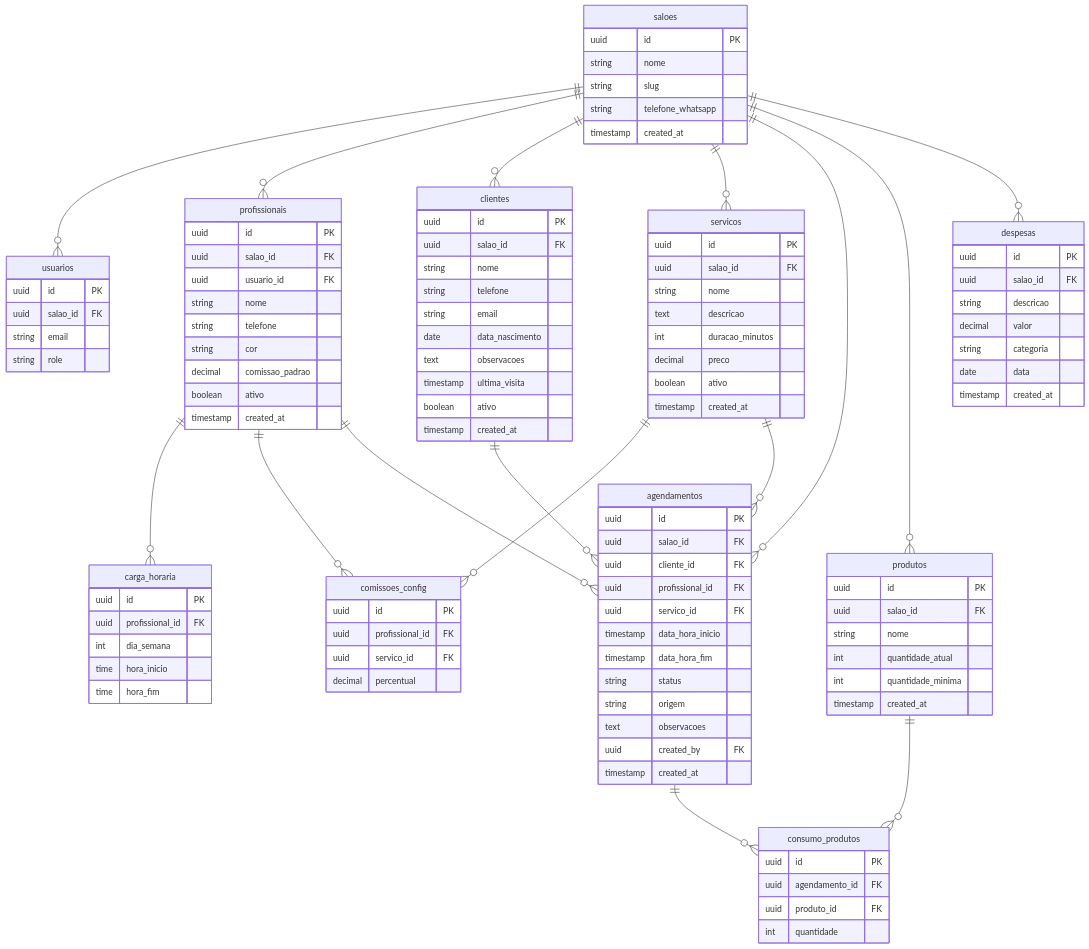
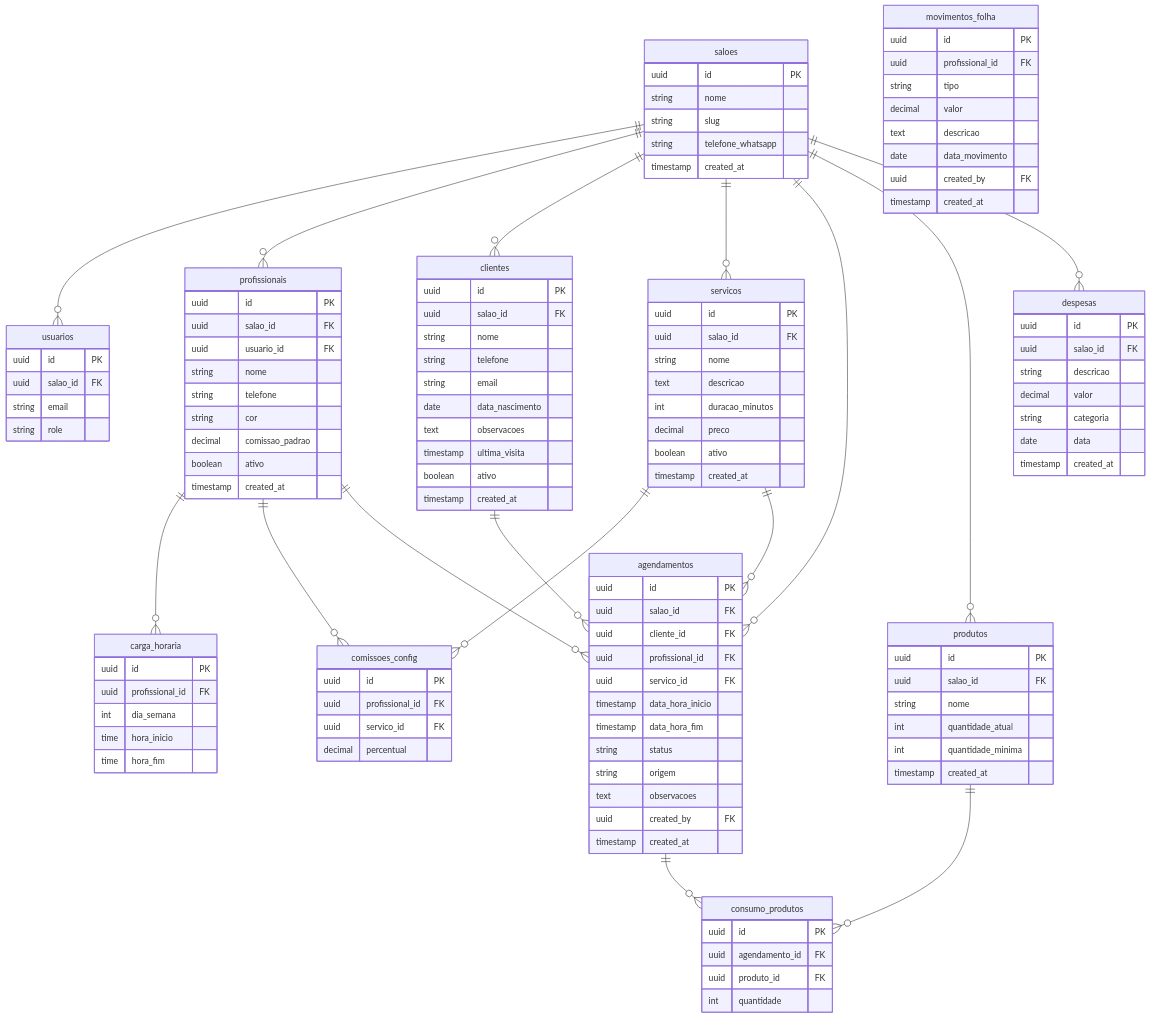
The seventh of 7 diagrams in DIAGRAM.md (DiegoNexa/Nexa), drawn with Mermaid before and after one commit. The commit also changed 17 other files, not shown here.

```diff
--- a/DIAGRAM.md
+++ b/DIAGRAM.md
@@ -284,6 +284,17 @@
         timestamp created_at
     }
 
+    movimentos_folha {
+        uuid id PK
+        uuid profissional_id FK
+        string tipo
+        decimal valor
+        text descricao
+        date data_movimento
+        uuid created_by FK
+        timestamp created_at
+    }
+
     saloes ||--o{ usuarios : ""
     saloes ||--o{ profissionais : ""
     saloes ||--o{ clientes : ""
```
